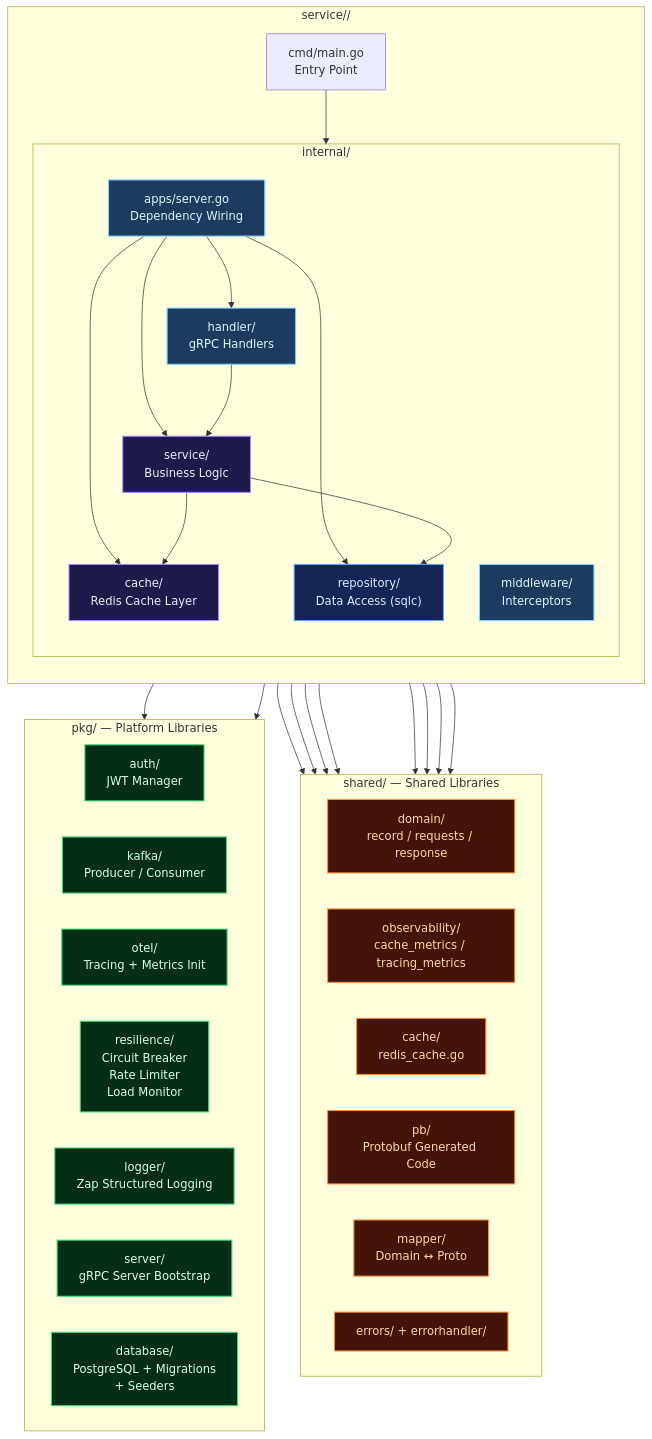
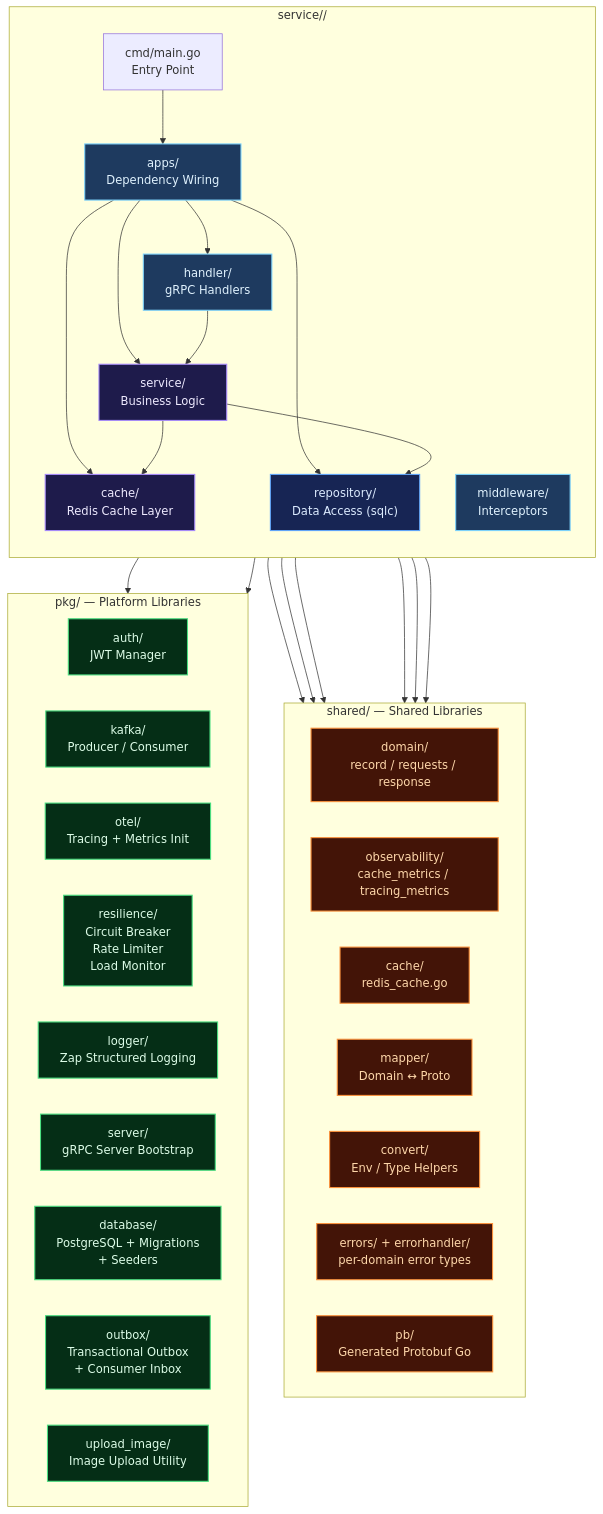
Before and after one commit to MamangRust/monolith-ecommerce-grpc: the third of 8 diagrams in README.md, drawn with Mermaid. The commit also changed other lines of this file and 952 other files, not shown here.

Commit message:
refactor: reorganize service architectures, update Kubernetes deployments, and optimize shared utility structures.

````diff
--- a/README.md
+++ b/README.md
@@ -211,65 +218,62 @@
 ```mermaid
 graph TB
     classDef handler fill:#1e3a5f,stroke:#7dd3fc,color:#e0f2fe,stroke-width:1.5px
     classDef service fill:#1e1b4b,stroke:#a78bfa,color:#ede9fe,stroke-width:1.5px
     classDef repo fill:#172554,stroke:#60a5fa,color:#dbeafe,stroke-width:1.5px
     classDef infra fill:#052e16,stroke:#4ade80,color:#dcfce7,stroke-width:1.5px
     classDef shared fill:#431407,stroke:#fb923c,color:#fed7aa,stroke-width:1.5px
 
     subgraph Service["service/<name>/"]
         direction TB
 
         CMD["cmd/main.go<br/>Entry Point"]
-
-        subgraph Internal["internal/"]
-            direction TB
-            APPS["apps/server.go<br/>Dependency Wiring"]:::handler
-            HANDLER["handler/<br/>gRPC Handlers"]:::handler
-            MW["middleware/<br/>Interceptors"]:::handler
-            SVC["service/<br/>Business Logic"]:::service
-            CACHE["cache/<br/>Redis Cache Layer"]:::service
-            REPO["repository/<br/>Data Access (sqlc)"]:::repo
-        end
+        APPS["apps/<br/>Dependency Wiring"]:::handler
+        HANDLER["handler/<br/>gRPC Handlers"]:::handler
+        MW["middleware/<br/>Interceptors"]:::handler
+        SVC["service/<br/>Business Logic"]:::service
+        CACHE["cache/<br/>Redis Cache Layer"]:::service
+        REPO["repository/<br/>Data Access (sqlc)"]:::repo
 
         CMD --> APPS
         APPS --> HANDLER
         APPS --> SVC
         APPS --> CACHE
         APPS --> REPO
         HANDLER --> SVC
         SVC --> REPO
         SVC --> CACHE
     end
 
     subgraph SharedLibs["shared/ — Shared Libraries"]
         direction LR
         DOMAIN["domain/<br/>record / requests / response"]:::shared
         OBS["observability/<br/>cache_metrics / tracing_metrics"]:::shared
         CACHESHARED["cache/<br/>redis_cache.go"]:::shared
-        PB["pb/<br/>Protobuf Generated Code"]:::shared
         MAPPER["mapper/<br/>Domain ↔ Proto"]:::shared
-        ERRORS["errors/ + errorhandler/"]:::shared
+        CONVERT["convert/<br/>Env / Type Helpers"]:::shared
+        ERRORS["errors/ + errorhandler/<br/>per-domain error types"]:::shared
+        PB["pb/<br/>Generated Protobuf Go"]:::shared
     end
 
     subgraph PkgLibs["pkg/ — Platform Libraries"]
         direction LR
         PKGAUTH["auth/<br/>JWT Manager"]:::infra
         PKGKAFKA["kafka/<br/>Producer / Consumer"]:::infra
         PKGOTEL["otel/<br/>Tracing + Metrics Init"]:::infra
         PKGRES["resilience/<br/>Circuit Breaker<br/>Rate Limiter<br/>Load Monitor"]:::infra
         PKGLOG["logger/<br/>Zap Structured Logging"]:::infra
         PKGSRV["server/<br/>gRPC Server Bootstrap"]:::infra
         PKGDB["database/<br/>PostgreSQL + Migrations<br/>+ Seeders"]:::infra
+        PKGOUTBOX["outbox/<br/>Transactional Outbox<br/>+ Consumer Inbox"]:::infra
+        PKGUPLOAD["upload_image/<br/>Image Upload Utility"]:::infra
     end
 
     REPO --> DOMAIN
-    REPO --> PB
     SVC --> DOMAIN
     SVC --> OBS
-    HANDLER --> PB
     HANDLER --> MAPPER
     APPS --> PKGSRV
     APPS --> PKGOTEL
     APPS --> CACHESHARED
     APPS --> OBS
 ```
````
